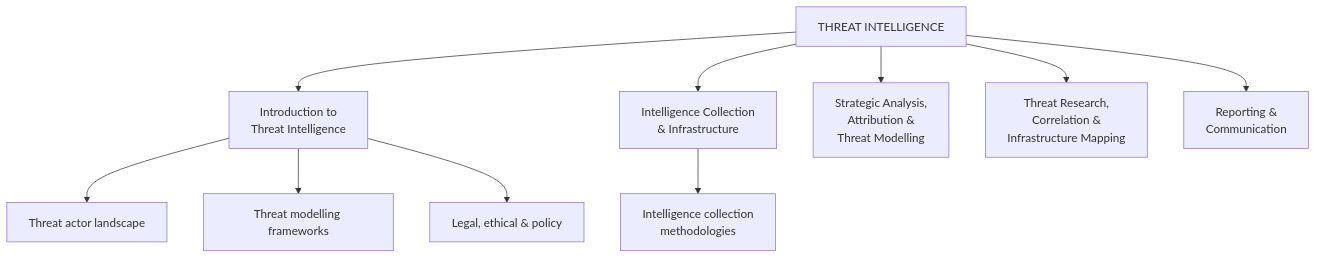
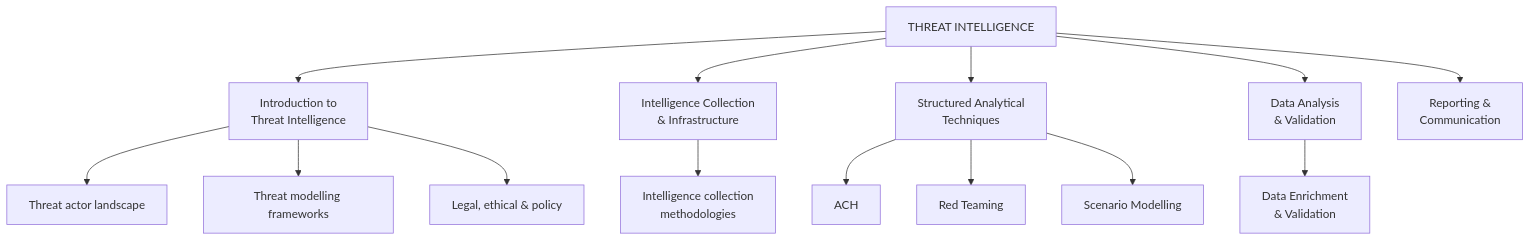
The first of 5 diagrams in 01_Introduction_to_Threat_Intelligence/00_INTRODUCTION.md (rodrigo-albuquerque/thread_intelligence), drawn with Mermaid before and after one commit. The commit also changed other lines of this file and 5 other files, not shown here.

First line of the commit message:
Add Structured Analytical Techniques and Data Analysis sections

````diff
--- a/01_Introduction_to_Threat_Intelligence/00_INTRODUCTION.md
+++ b/01_Introduction_to_Threat_Intelligence/00_INTRODUCTION.md
@@ -7,23 +7,29 @@
 ```mermaid
 flowchart TD
     ROOT[THREAT INTELLIGENCE]
 
     S1[Introduction to<br/>Threat Intelligence]
     S2[Intelligence Collection<br/>&amp; Infrastructure]
-    S3[Strategic Analysis,<br/>Attribution &amp;<br/>Threat Modelling]
-    S4[Threat Research,<br/>Correlation &amp;<br/>Infrastructure Mapping]
+    S3[Structured Analytical<br/>Techniques]
+    S4[Data Analysis<br/>&amp; Validation]
     S5[Reporting &amp;<br/>Communication]
 
     A1[Threat actor landscape]
     A2[Threat modelling frameworks]
     A3[Legal, ethical &amp; policy]
     B1[Intelligence collection<br/>methodologies]
+    C1[ACH]
+    C2[Red Teaming]
+    C3[Scenario Modelling]
+    D1[Data Enrichment<br/>&amp; Validation]
 
     ROOT --> S1 --> A1
     S1 --> A2
     S1 --> A3
     ROOT --> S2 --> B1
-    ROOT --> S3
-    ROOT --> S4
+    ROOT --> S3 --> C1
+    S3 --> C2
+    S3 --> C3
+    ROOT --> S4 --> D1
     ROOT --> S5
 ```
````
